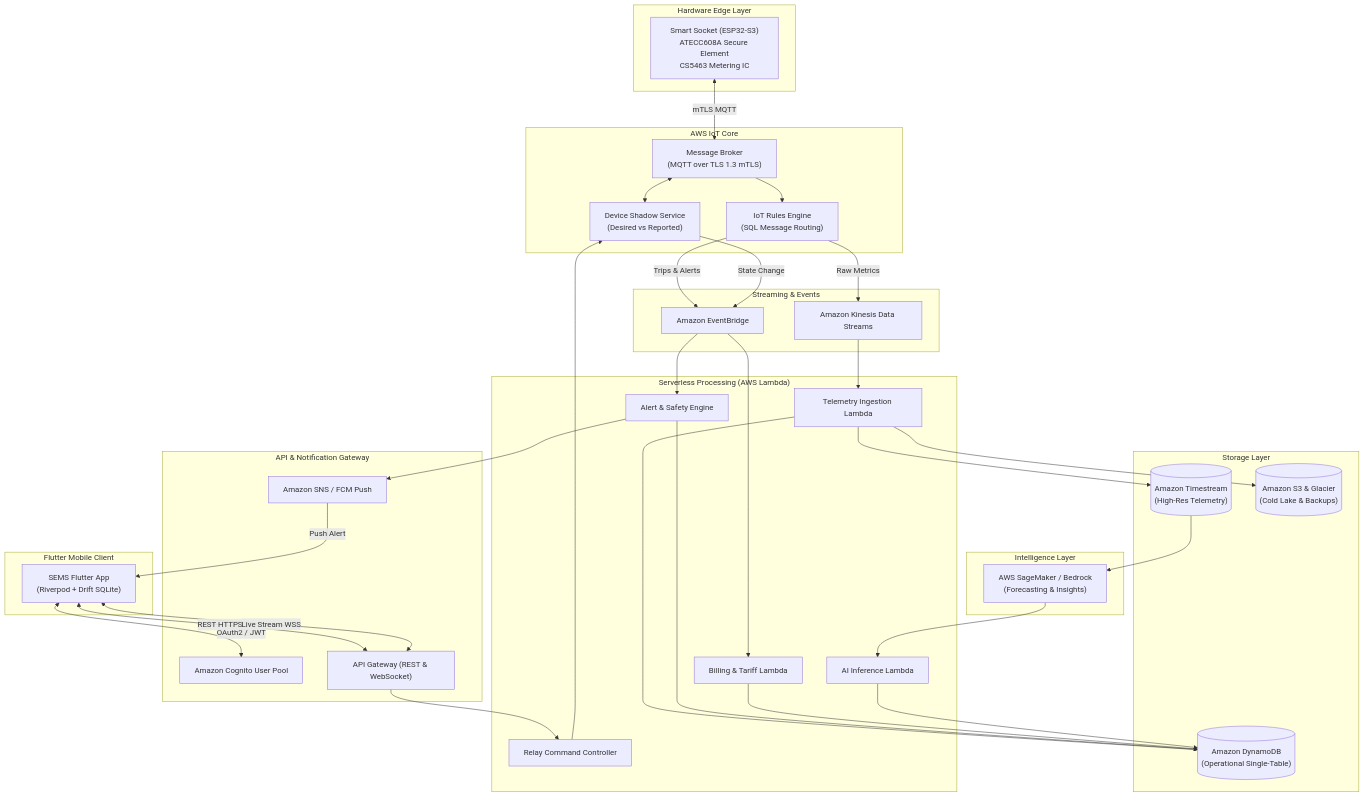
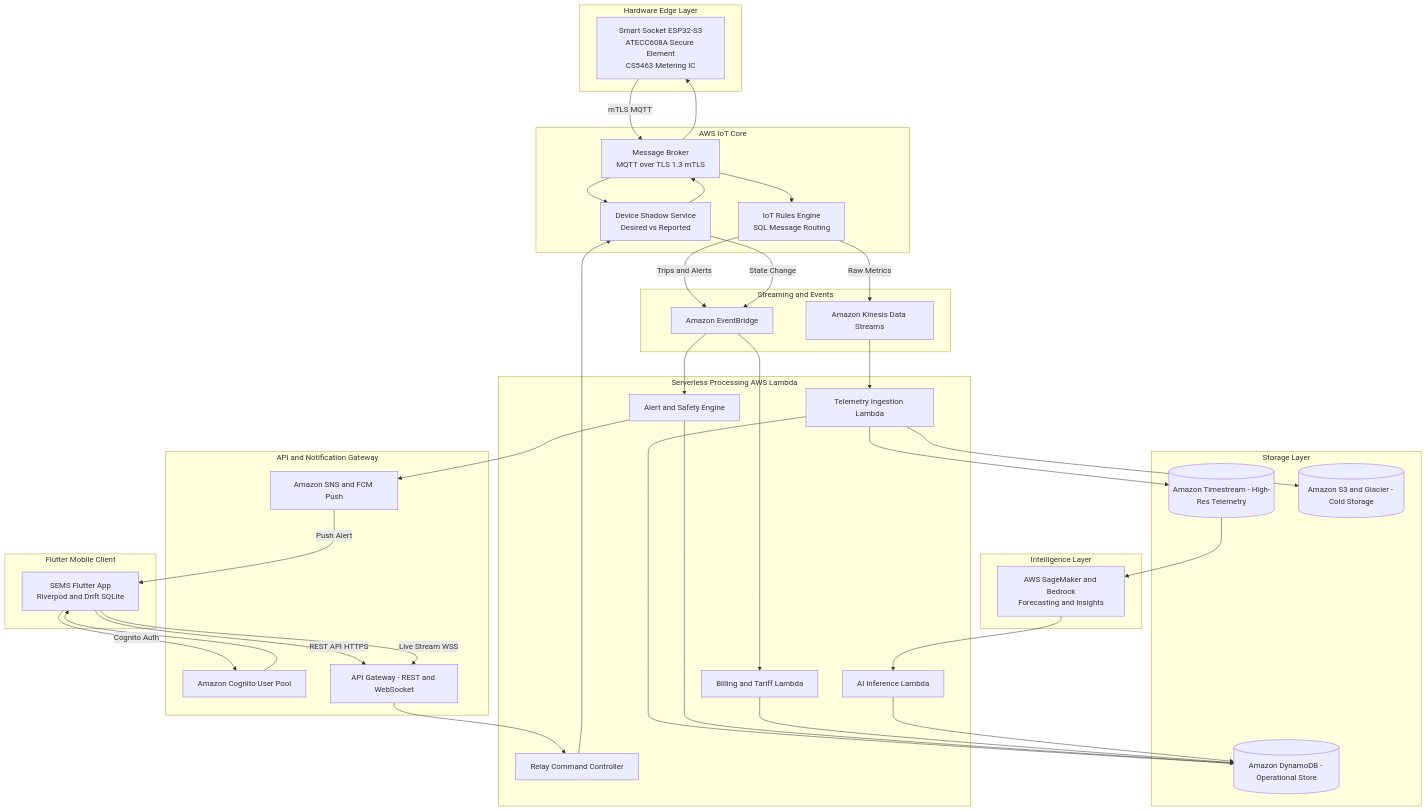
Before and after one commit to VimalChaudhary07/SEMS: the first of 11 diagrams in README.md, drawn with Mermaid. The commit also changed other lines of this file and 5 other files, not shown here.

````diff
--- a/README.md
+++ b/README.md
@@ -226,75 +226,78 @@
 ```mermaid
 flowchart TB
     subgraph Edge["Hardware Edge Layer"]
-        ESP32["Smart Socket (ESP32-S3)<br/>ATECC608A Secure Element<br/>CS5463 Metering IC"]
+        ESP32["Smart Socket ESP32-S3<br/>ATECC608A Secure Element<br/>CS5463 Metering IC"]
     end
 
     subgraph IoTCore["AWS IoT Core"]
-        Broker["Message Broker<br/>(MQTT over TLS 1.3 mTLS)"]
-        Shadow["Device Shadow Service<br/>(Desired vs Reported)"]
-        Rules["IoT Rules Engine<br/>(SQL Message Routing)"]
+        Broker["Message Broker<br/>MQTT over TLS 1.3 mTLS"]
+        Shadow["Device Shadow Service<br/>Desired vs Reported"]
+        Rules["IoT Rules Engine<br/>SQL Message Routing"]
     end
 
-    subgraph Ingestion["Streaming & Events"]
+    subgraph Ingestion["Streaming and Events"]
         Kinesis["Amazon Kinesis Data Streams"]
         EventBridge["Amazon EventBridge"]
     end
 
-    subgraph Compute["Serverless Processing (AWS Lambda)"]
+    subgraph Compute["Serverless Processing AWS Lambda"]
         L_Telem["Telemetry Ingestion Lambda"]
         L_Cmd["Relay Command Controller"]
-        L_Alert["Alert & Safety Engine"]
-        L_Bill["Billing & Tariff Lambda"]
+        L_Alert["Alert and Safety Engine"]
+        L_Bill["Billing and Tariff Lambda"]
         L_AI["AI Inference Lambda"]
     end
 
     subgraph Data["Storage Layer"]
-        Timestream[("Amazon Timestream<br/>(High-Res Telemetry)")]
-        DynamoDB[("Amazon DynamoDB<br/>(Operational Single-Table)")]
-        S3[("Amazon S3 & Glacier<br/>(Cold Lake & Backups)")]
+        Timestream[("Amazon Timestream - High-Res Telemetry")]
+        DynamoDB[("Amazon DynamoDB - Operational Store")]
+        S3[("Amazon S3 and Glacier - Cold Storage")]
     end
 
     subgraph ML["Intelligence Layer"]
-        SageMaker["AWS SageMaker / Bedrock<br/>(Forecasting & Insights)"]
+        SageMaker["AWS SageMaker and Bedrock<br/>Forecasting and Insights"]
     end
 
-    subgraph Gateway["API & Notification Gateway"]
+    subgraph Gateway["API and Notification Gateway"]
         Cognito["Amazon Cognito User Pool"]
-        APIGW["API Gateway (REST & WebSocket)"]
-        SNS["Amazon SNS / FCM Push"]
+        APIGW["API Gateway - REST and WebSocket"]
+        SNS["Amazon SNS and FCM Push"]
     end
 
     subgraph Client["Flutter Mobile Client"]
-        App["SEMS Flutter App<br/>(Riverpod + Drift SQLite)"]
+        App["SEMS Flutter App<br/>Riverpod and Drift SQLite"]
     end
 
-    ESP32 <-->|mTLS MQTT| Broker
-    Broker <--> Shadow
+    ESP32 -->|mTLS MQTT| Broker
+    Broker --> ESP32
+    Broker --> Shadow
+    Shadow --> Broker
     Broker --> Rules
     Rules -->|Raw Metrics| Kinesis
-    Rules -->|Trips & Alerts| EventBridge
+    Rules -->|Trips and Alerts| EventBridge
     Shadow -->|State Change| EventBridge
 
     Kinesis --> L_Telem
     L_Telem --> Timestream
     L_Telem --> DynamoDB
     L_Telem --> S3
 
     EventBridge --> L_Alert
     L_Alert --> DynamoDB
     L_Alert --> SNS
 
     EventBridge --> L_Bill
     L_Bill --> DynamoDB
 
     Timestream --> SageMaker
     SageMaker --> L_AI
     L_AI --> DynamoDB
 
-    App <-->|OAuth2 / JWT| Cognito
-    App <-->|REST HTTPS| APIGW
-    App <-->|Live Stream WSS| APIGW
+    App -->|Cognito Auth| Cognito
+    Cognito --> App
+    App -->|REST API HTTPS| APIGW
+    App -->|Live Stream WSS| APIGW
     APIGW --> L_Cmd
     L_Cmd --> Shadow
     SNS -->|Push Alert| App
 ```
````
